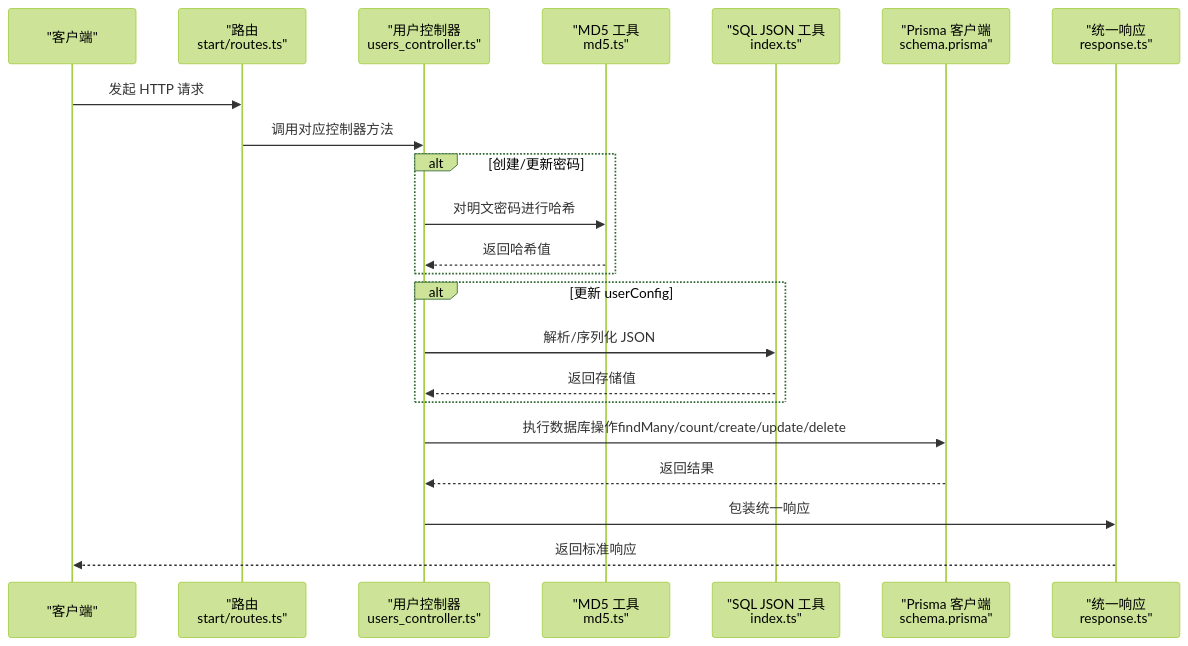
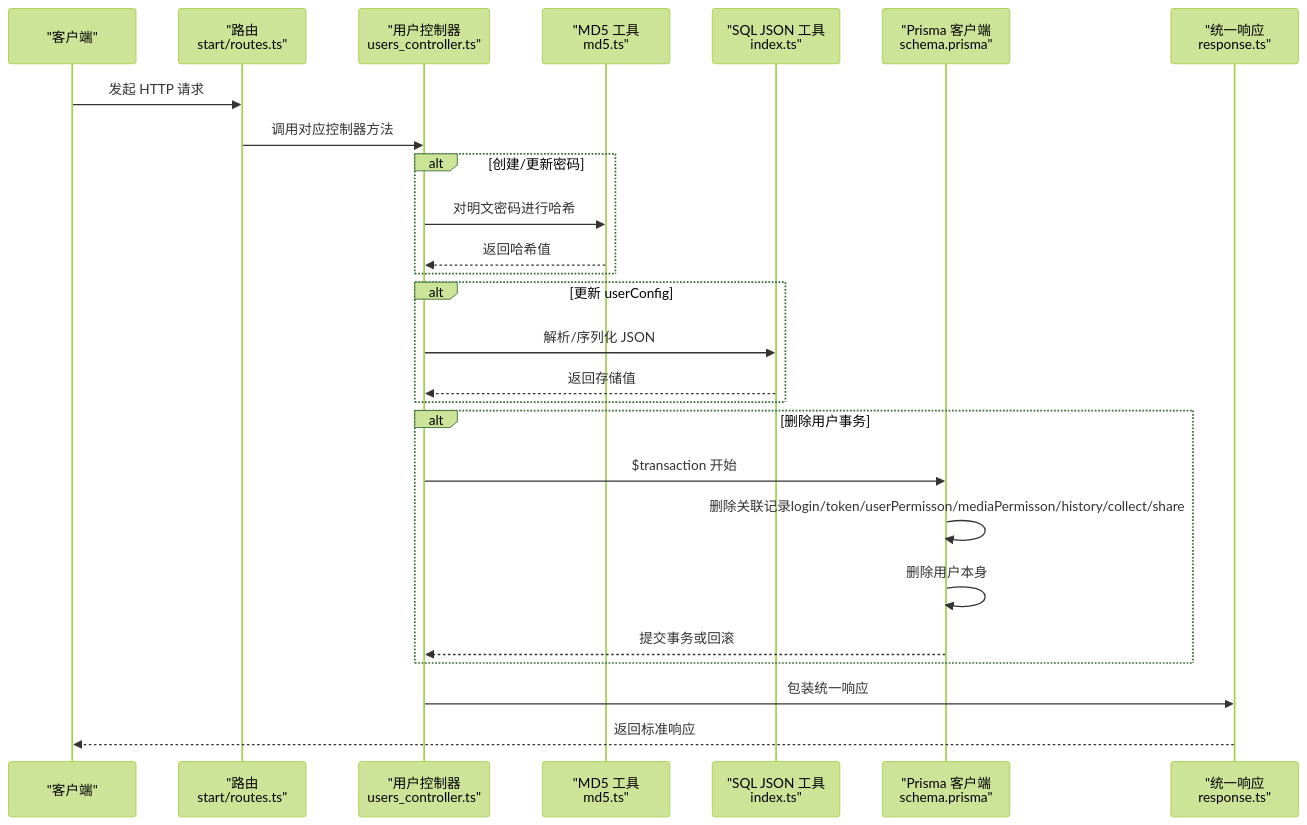
Before and after one commit to lkw199711/smanga-adonis: the second of 4 diagrams in .qoder/repowiki/zh/content/核心功能模块/用户管理系统/用户CRUD操作.md, drawn with Mermaid (forest theme). The commit also changed other lines of this file and 8 other files, not shown here.

````diff
--- a/.qoder/repowiki/zh/content/核心功能模块/用户管理系统/用户CRUD操作.md
+++ b/.qoder/repowiki/zh/content/核心功能模块/用户管理系统/用户CRUD操作.md
@@ -125,24 +134,28 @@
 ```mermaid
 sequenceDiagram
 participant Client as "客户端"
 participant Router as "路由<br/>start/routes.ts"
 participant Ctrl as "用户控制器<br/>users_controller.ts"
 participant MD5 as "MD5 工具<br/>md5.ts"
 participant SQL as "SQL JSON 工具<br/>index.ts"
 participant Prisma as "Prisma 客户端<br/>schema.prisma"
 participant Resp as "统一响应<br/>response.ts"
 Client->>Router : 发起 HTTP 请求
 Router->>Ctrl : 调用对应控制器方法
 alt 创建/更新密码
 Ctrl->>MD5 : 对明文密码进行哈希
 MD5-->>Ctrl : 返回哈希值
 end
 alt 更新 userConfig
 Ctrl->>SQL : 解析/序列化 JSON
 SQL-->>Ctrl : 返回存储值
 end
-Ctrl->>Prisma : 执行数据库操作findMany/count/create/update/delete
-Prisma-->>Ctrl : 返回结果
+alt 删除用户事务
+Ctrl->>Prisma : $transaction 开始
+Prisma->>Prisma : 删除关联记录login/token/userPermisson/mediaPermisson/history/collect/share
+Prisma->>Prisma : 删除用户本身
+Prisma-->>Ctrl : 提交事务或回滚
+end
 Ctrl->>Resp : 包装统一响应
 Resp-->>Client : 返回标准响应
 ```
````
